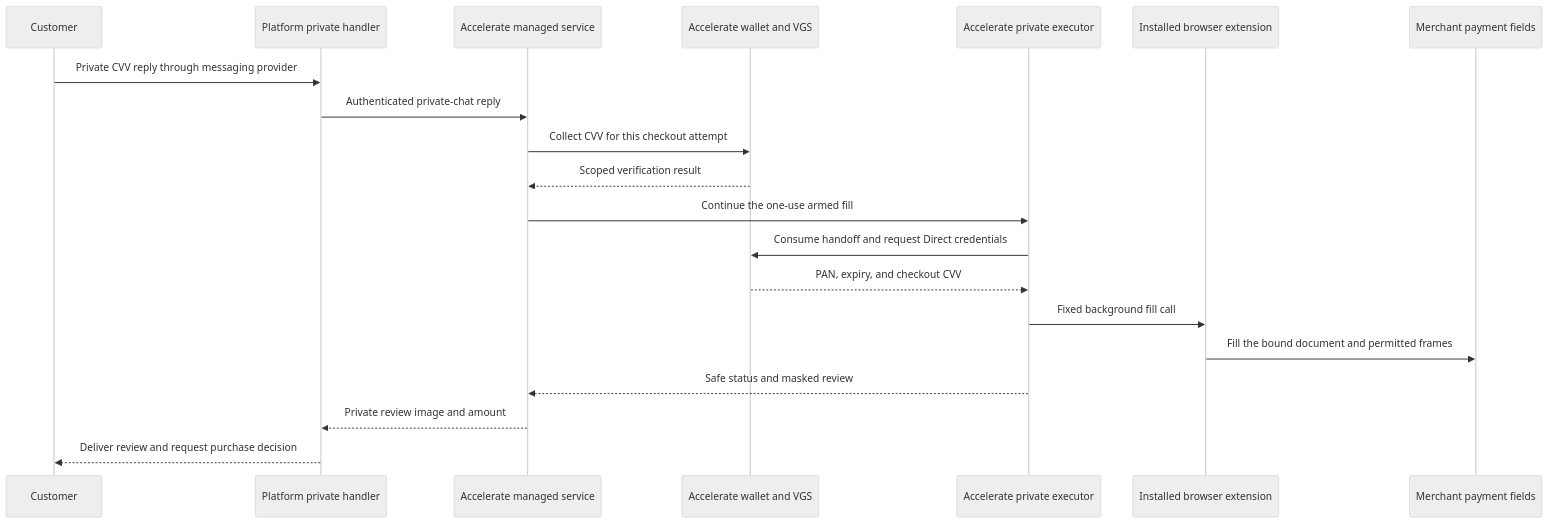
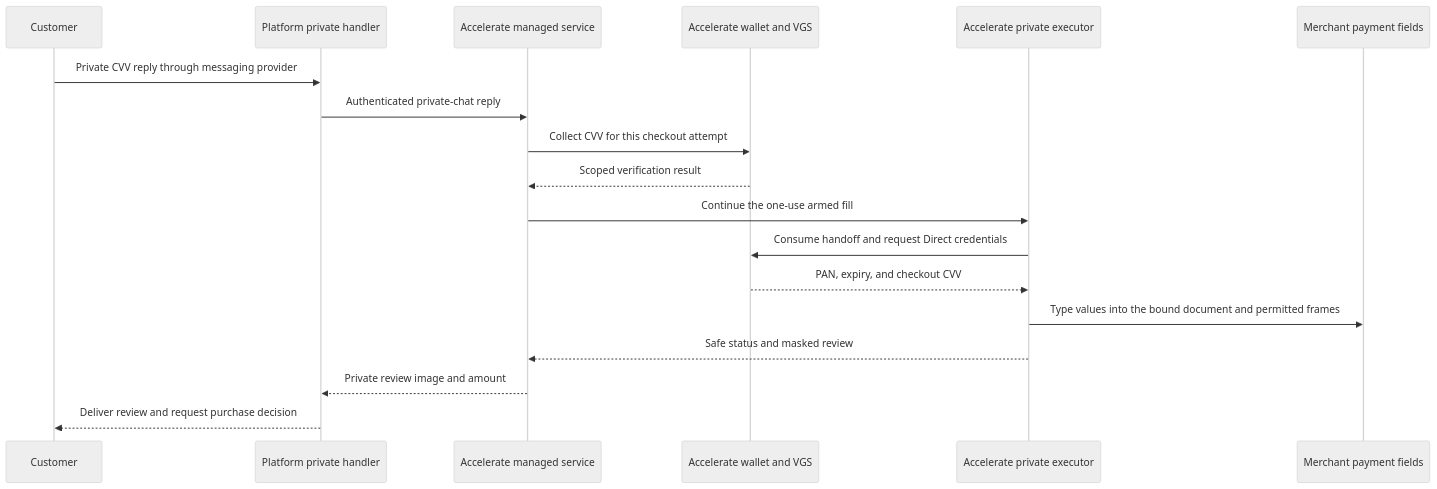
One commit to weaccelerateinc/examples changed the diagram in docs/integrations/agentic-platforms-private-payments.md. Above: the diagram before and after it, drawn with Mermaid (neutral theme). The commit also changed other lines of this file and 10 other files, not shown here.

First line of the commit message:
Update agentic docs for SDK 0.17.0: no browser extension

````diff
--- a/docs/integrations/agentic-platforms-private-payments.md
+++ b/docs/integrations/agentic-platforms-private-payments.md
@@ -15,22 +15,20 @@
 ```mermaid
 sequenceDiagram
     participant Customer
     participant Ingress as Platform private handler
     participant Service as Accelerate managed service
     participant Wallet as Accelerate wallet and VGS
     participant Executor as Accelerate private executor
-    participant Extension as Installed browser extension
     participant Checkout as Merchant payment fields
     Customer->>Ingress: Private CVV reply through messaging provider
     Ingress->>Service: Authenticated private-chat reply
     Service->>Wallet: Collect CVV for this checkout attempt
     Wallet-->>Service: Scoped verification result
     Service->>Executor: Continue the one-use armed fill
     Executor->>Wallet: Consume handoff and request Direct credentials
     Wallet-->>Executor: PAN, expiry, and checkout CVV
-    Executor->>Extension: Fixed background fill call
-    Extension->>Checkout: Fill the bound document and permitted frames
+    Executor->>Checkout: Type values into the bound document and permitted frames
     Executor-->>Service: Safe status and masked review
     Service-->>Ingress: Private review image and amount
     Ingress-->>Customer: Deliver review and request purchase decision
 ```
````
